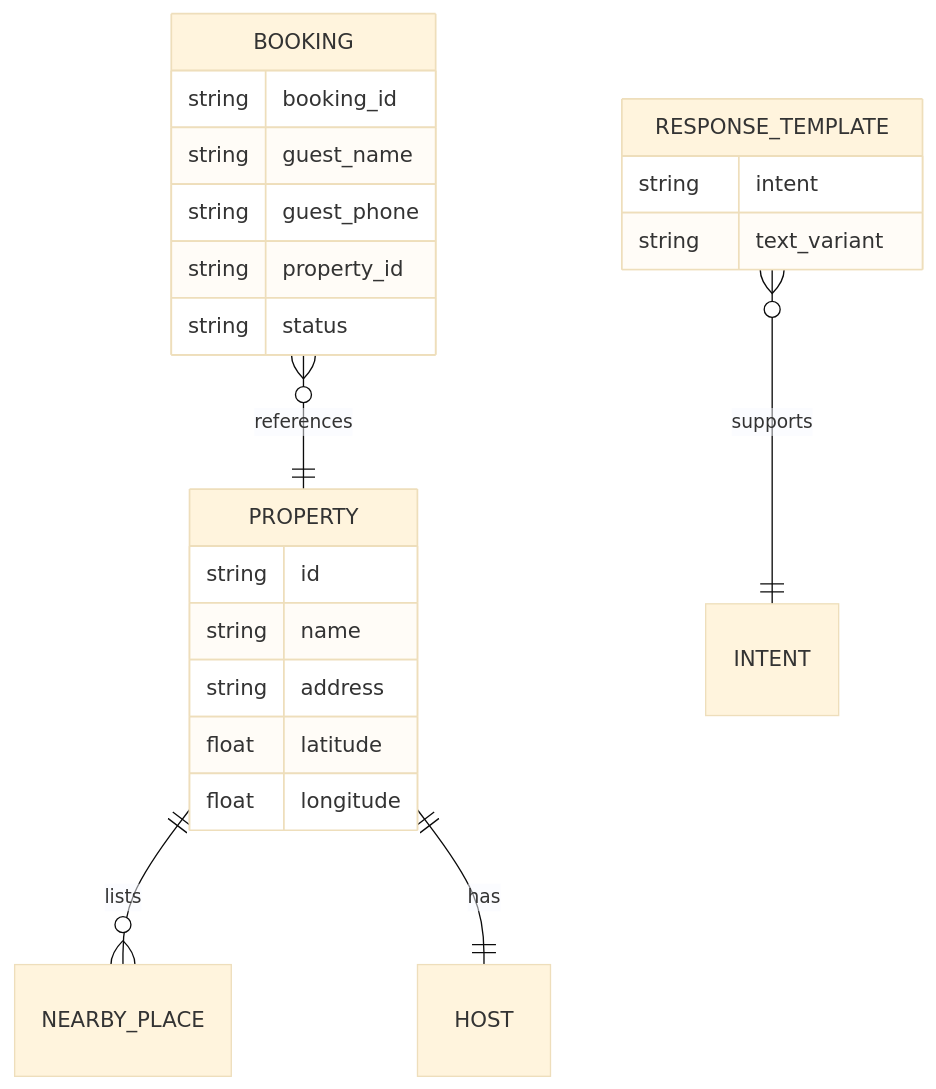
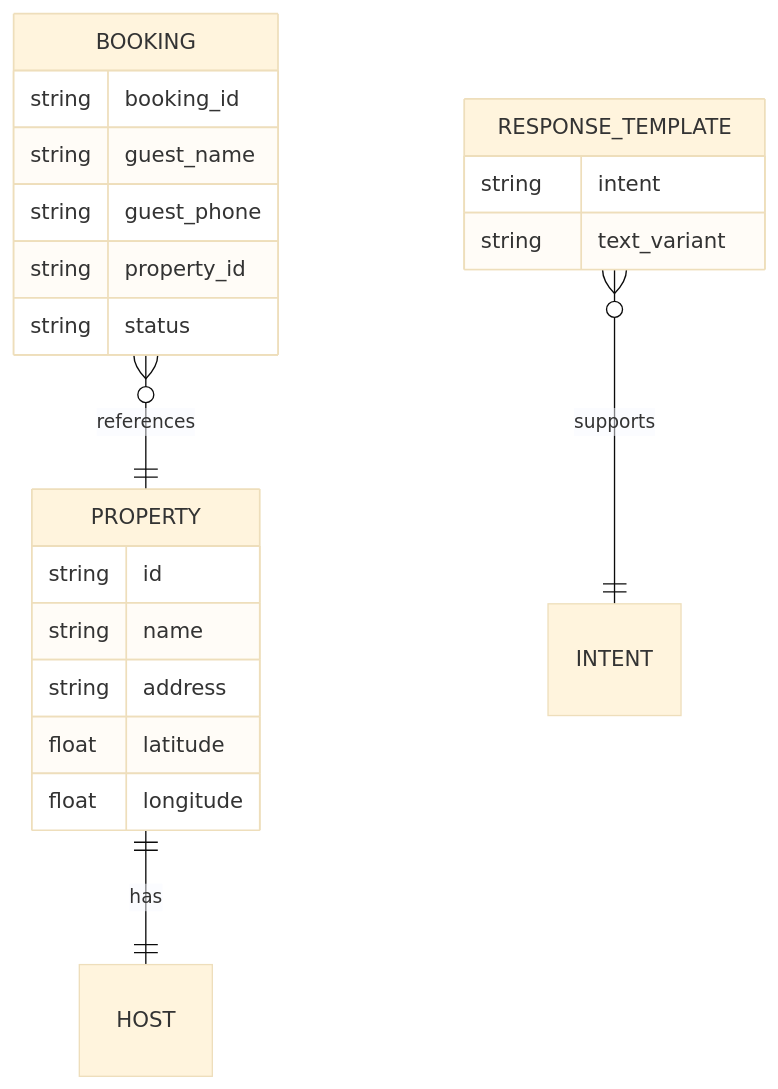
Before and after one commit to dhiraj-solace/rental-property-whatsApp-bot: the third of 3 diagrams in docs/architecture-and-activity-diagrams.md, drawn with Mermaid (base theme). The commit also changed other lines of this file and 6 other files, not shown here.

````diff
--- a/docs/architecture-and-activity-diagrams.md
+++ b/docs/architecture-and-activity-diagrams.md
@@ -90,28 +90,27 @@
 ```mermaid
 erDiagram
     BOOKING }o--|| PROPERTY : references
-    PROPERTY ||--o{ NEARBY_PLACE : lists
     PROPERTY ||--|| HOST : has
     RESPONSE_TEMPLATE }o--|| INTENT : supports
 
     BOOKING {
         string booking_id
         string guest_name
         string guest_phone
         string property_id
         string status
     }
 
     PROPERTY {
         string id
         string name
         string address
         float latitude
         float longitude
     }
 
     RESPONSE_TEMPLATE {
         string intent
         string text_variant
     }
 ```
````
